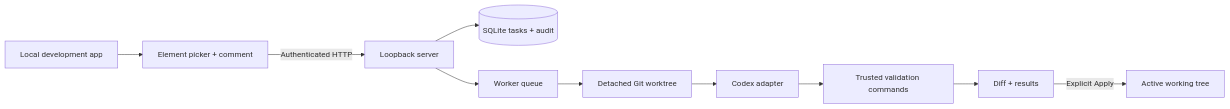
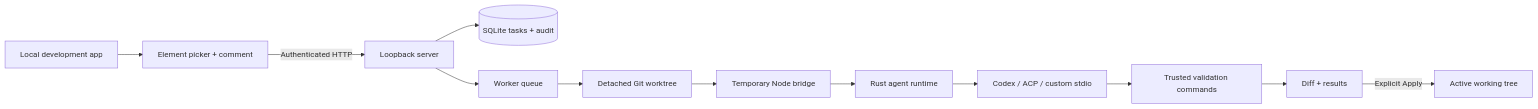
The diagram in docs/architecture.md (gerardoyxy/devreview-agent), drawn with Mermaid before and after one commit. The commit also changed other lines of this file and 38 other files, not shown here.

Commit message:
Begin TypeScript and Rust migration with configurable agent transports

````diff
--- a/docs/architecture.md
+++ b/docs/architecture.md
@@ -3,12 +3,14 @@
 ```mermaid
 flowchart LR
   App[Local development app] --> Overlay[Element picker + comment]
   Overlay -->|Authenticated HTTP| Server[Loopback server]
   Server --> Store[(SQLite tasks + audit)]
   Server --> Queue[Worker queue]
   Queue --> Git[Detached Git worktree]
-  Git --> Agent[Codex adapter]
+  Git --> Bridge[Temporary Node bridge]
+  Bridge --> Runtime[Rust agent runtime]
+  Runtime --> Agent[Codex / ACP / custom stdio]
   Agent --> Validation[Trusted validation commands]
   Validation --> Review[Diff + results]
   Review -->|Explicit Apply| WorkingTree[Active working tree]
 ```
````
